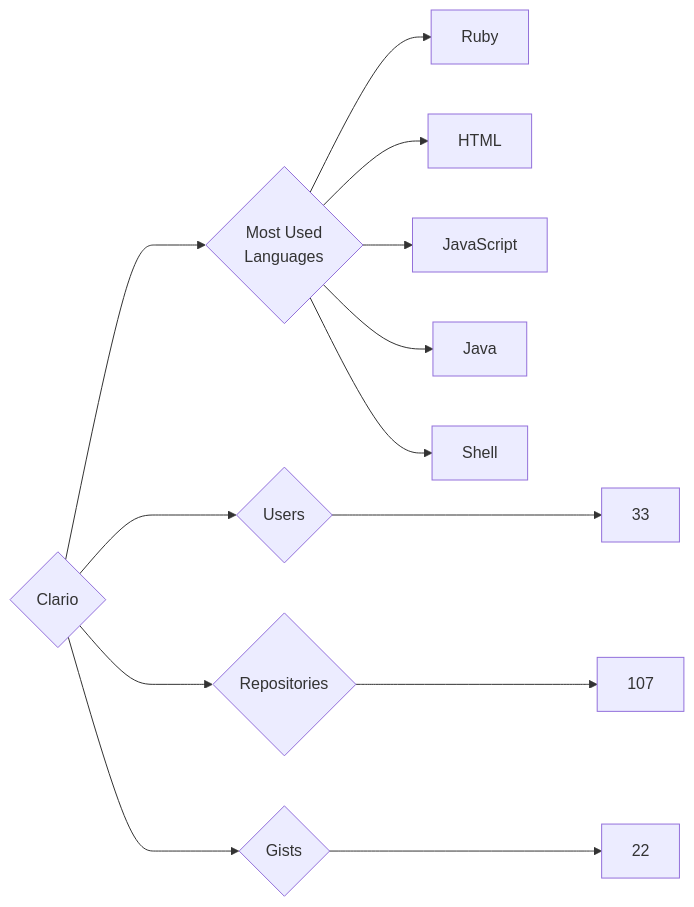
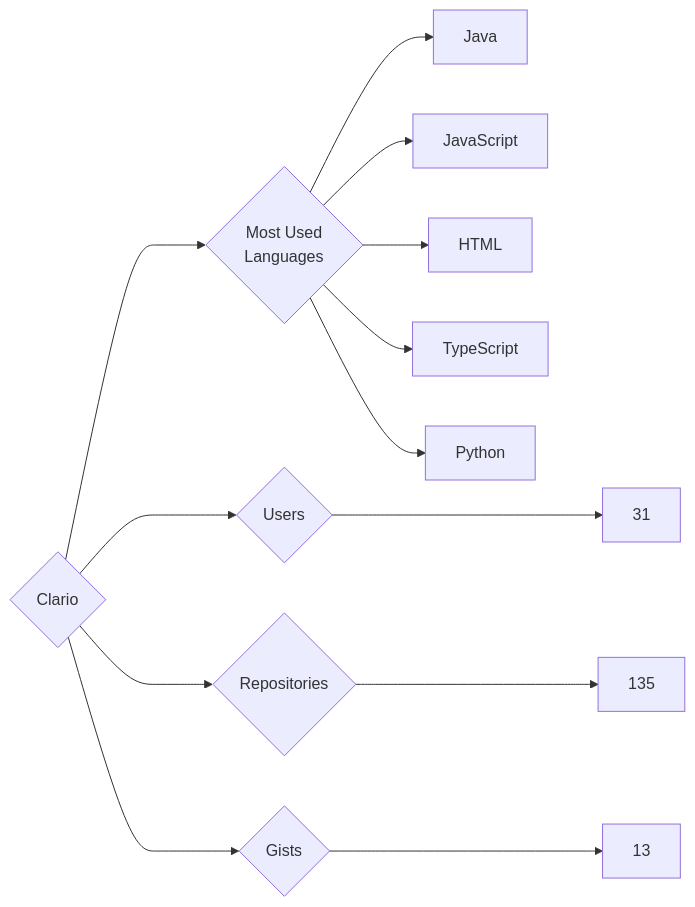
Before and after one commit to trickest/insiders: the diagram in targets/Clario/README.md, drawn with Mermaid. The commit also changed 927 other files, not shown here.

````diff
--- a/targets/Clario/README.md
+++ b/targets/Clario/README.md
@@ -3,13 +3,13 @@
 ```mermaid
 graph LR
 COMPANY_NAME{Clario}
-COMPANY_NAME ---> U{Users} ---> UN[33]
-COMPANY_NAME ---> R{Repositories} ---> RN[107]
-COMPANY_NAME ---> G{Gists} ---> GN[22]
+COMPANY_NAME ---> U{Users} ---> UN[31]
+COMPANY_NAME ---> R{Repositories} ---> RN[135]
+COMPANY_NAME ---> G{Gists} ---> GN[13]
 COMPANY_NAME ---> ML{Most Used<br>Languages}
-ML --> Ruby[Ruby]
+ML --> Java[Java]
+ML --> JavaScript[JavaScript]
 ML --> HTML[HTML]
-ML --> JavaScript[JavaScript]
-ML --> Java[Java]
-ML --> Shell[Shell]
+ML --> TypeScript[TypeScript]
+ML --> Python[Python]
 ```
````
